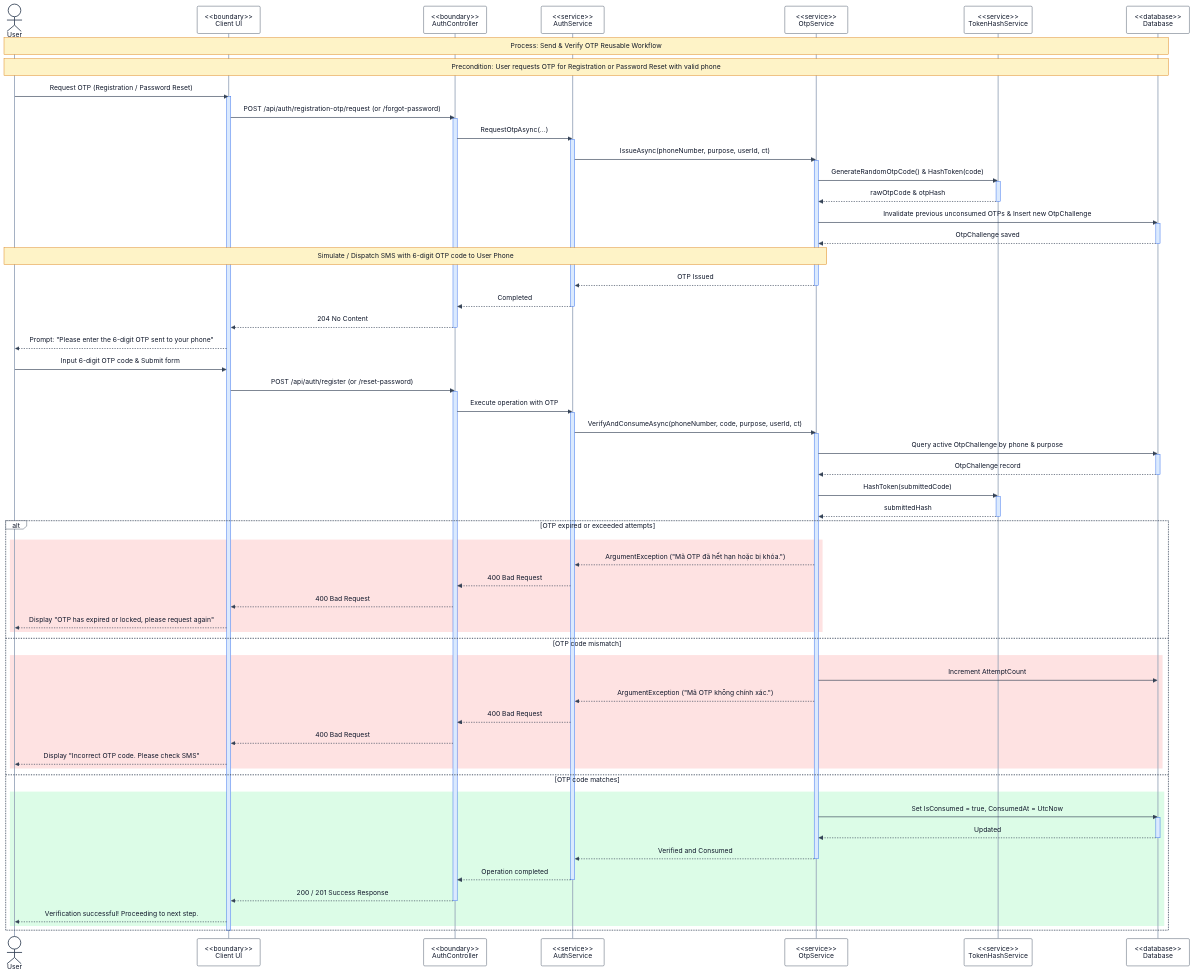
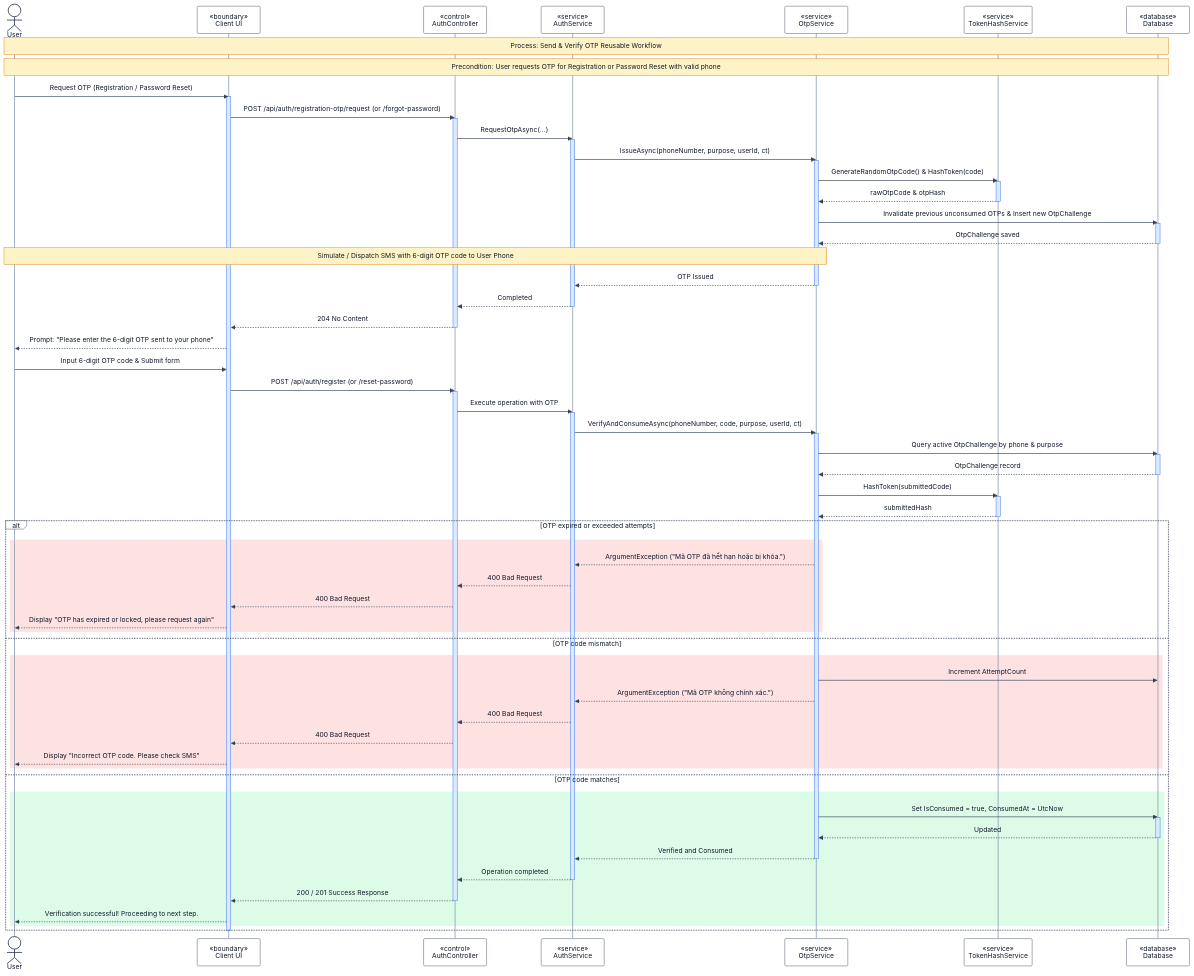
Before and after one commit to se-05-sdlms/smart-locking-diagram: the diagram in RP4/3.6 Resident Account, Preferences & Parcel Management/3.6.6 Send & Verify OTP Reusable Sequence Diagram.md, drawn with Mermaid. The commit also changed 36 other files, not shown here.

Commit message:
Update diagram

```diff
--- a/RP4/3.6 Resident Account, Preferences & Parcel Management/3.6.6 Send & Verify OTP Reusable Sequence Diagram.md
+++ b/RP4/3.6 Resident Account, Preferences & Parcel Management/3.6.6 Send & Verify OTP Reusable Sequence Diagram.md
@@ -21,12 +21,12 @@
 sequenceDiagram
 
 actor USER as User
-participant UI as <<boundary>><br/>Client UI
-participant CTRL as <<boundary>><br/>AuthController
-participant AUTH as <<service>><br/>AuthService
-participant OTP as <<service>><br/>OtpService
-participant TOKEN as <<service>><br/>TokenHashService
-participant DB as <<database>><br/>Database
+participant UI as «boundary»<br/>Client UI
+participant CTRL as «control»<br/>AuthController
+participant AUTH as «service»<br/>AuthService
+participant OTP as «service»<br/>OtpService
+participant TOKEN as «service»<br/>TokenHashService
+participant DB as «database»<br/>Database
 
 Note over USER,DB: Process: Send & Verify OTP Reusable Workflow
 Note over USER,DB: Precondition: User requests OTP for Registration or Password Reset with valid phone
```
